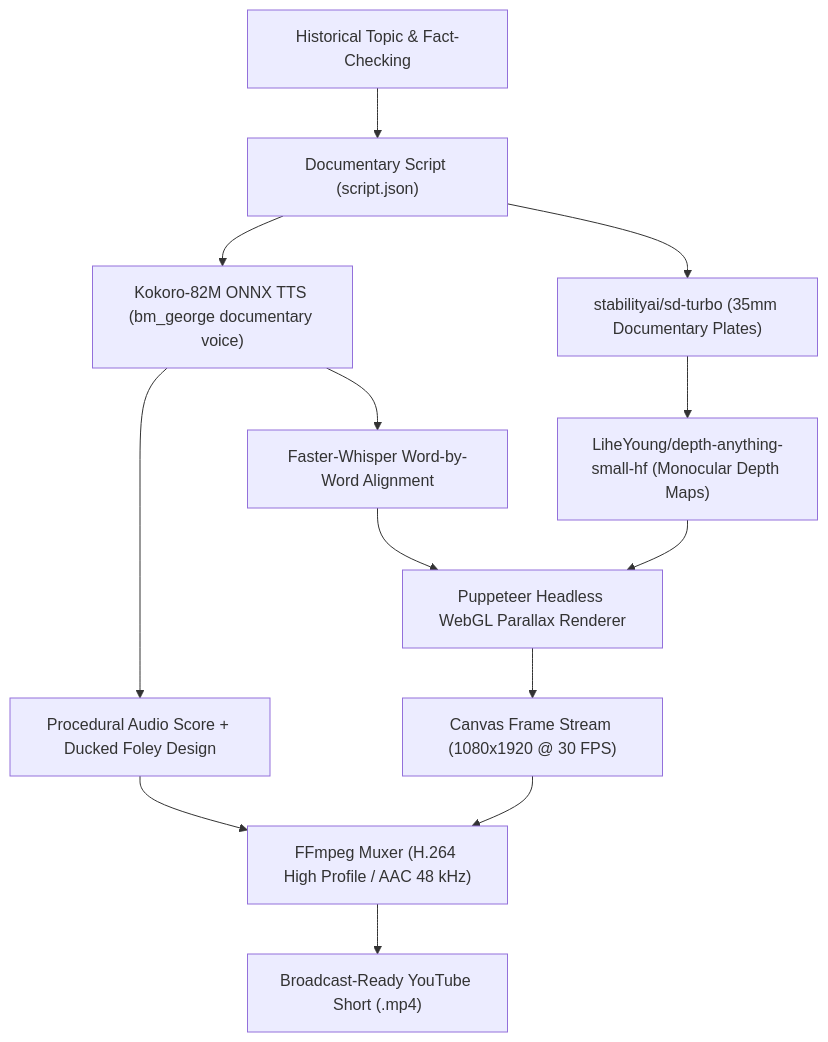
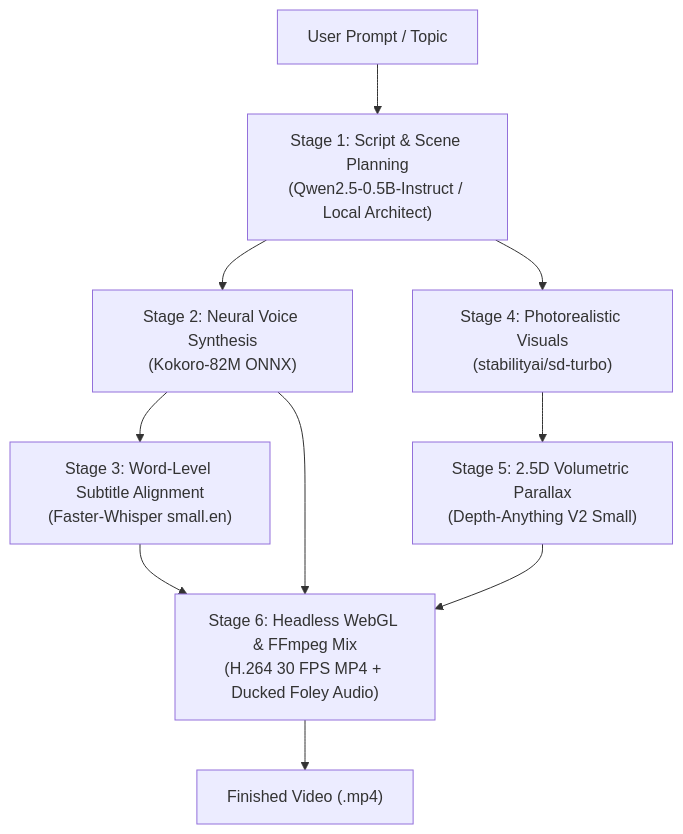
The diagram in README.md (techwithsalman/faceless-shorts-video), drawn with Mermaid before and after one commit. The commit also changed other lines of this file and 22 other files, not shown here.

Commit message:
feat: implement Prompt2Video AI offline Windows desktop app and local neural orchestrator

````diff
--- a/README.md
+++ b/README.md
@@ -12,15 +35,12 @@
 ```mermaid
 flowchart TD
-    A["Historical Topic & Fact-Checking"] --> B["Documentary Script (script.json)"]
-    B --> C["Kokoro-82M ONNX TTS (bm_george documentary voice)"]
-    C --> D["Faster-Whisper Word-by-Word Alignment"]
-    B --> E["stabilityai/sd-turbo (35mm Documentary Plates)"]
-    E --> F["LiheYoung/depth-anything-small-hf (Monocular Depth Maps)"]
-    D --> G["Puppeteer Headless WebGL Parallax Renderer"]
+    A["User Prompt / Topic"] --> B["Stage 1: Script & Scene Planning\n(Qwen2.5-0.5B-Instruct / Local Architect)"]
+    B --> C["Stage 2: Neural Voice Synthesis\n(Kokoro-82M ONNX)"]
+    C --> D["Stage 3: Word-Level Subtitle Alignment\n(Faster-Whisper small.en)"]
+    B --> E["Stage 4: Photorealistic Visuals\n(stabilityai/sd-turbo)"]
+    E --> F["Stage 5: 2.5D Volumetric Parallax\n(Depth-Anything V2 Small)"]
+    D --> G["Stage 6: Headless WebGL & FFmpeg Mix\n(H.264 30 FPS MP4 + Ducked Foley Audio)"]
     F --> G
-    C --> H["Procedural Audio Score + Ducked Foley Design"]
-    G --> I["Canvas Frame Stream (1080x1920 @ 30 FPS)"]
-    H --> J["FFmpeg Muxer (H.264 High Profile / AAC 48 kHz)"]
-    I --> J
-    J --> K["Broadcast-Ready YouTube Short (.mp4)"]
+    C --> G
+    G --> H["Finished Video (.mp4)"]
 ```
````
